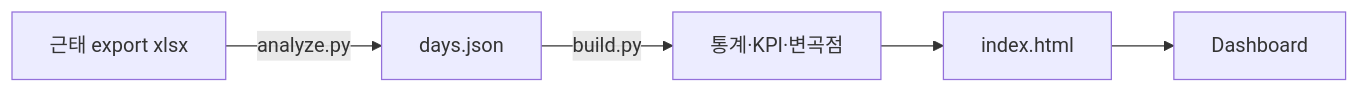
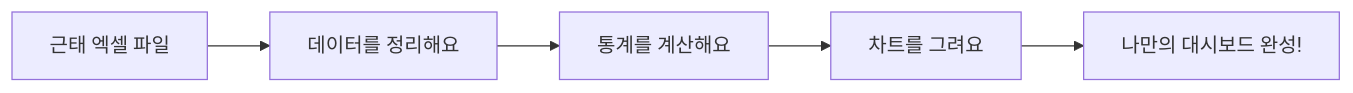
Before and after one commit to newhigen/blog-tech: the diagram in src/content/projects/worklog-dashboard.md, drawn with Mermaid. The commit also changed other lines of this file and 9 other files, not shown here.

````diff
--- a/src/content/projects/worklog-dashboard.md
+++ b/src/content/projects/worklog-dashboard.md
@@ -28,7 +25,7 @@
 ```mermaid
 flowchart LR
-  A[근태 export xlsx] -->|analyze.py| B[days.json]
-  B -->|build.py| C[통계·KPI·변곡점]
-  C --> D[index.html]
-  D --> E[Dashboard]
+  A[근태 엑셀 파일] --> B[데이터를 정리해요]
+  B --> C[통계를 계산해요]
+  C --> D[차트를 그려요]
+  D --> E[나만의 대시보드 완성!]
 ```
````
